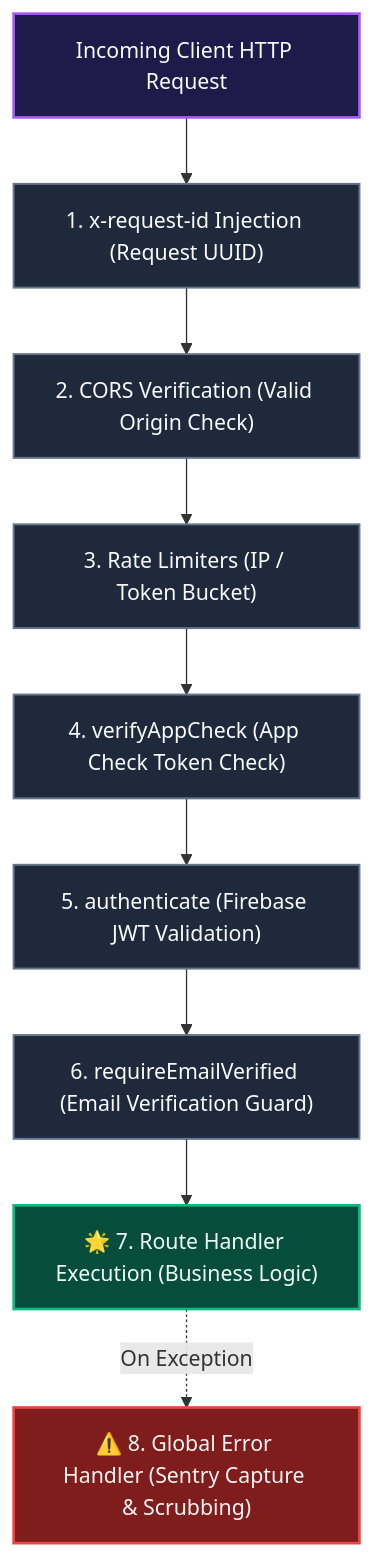
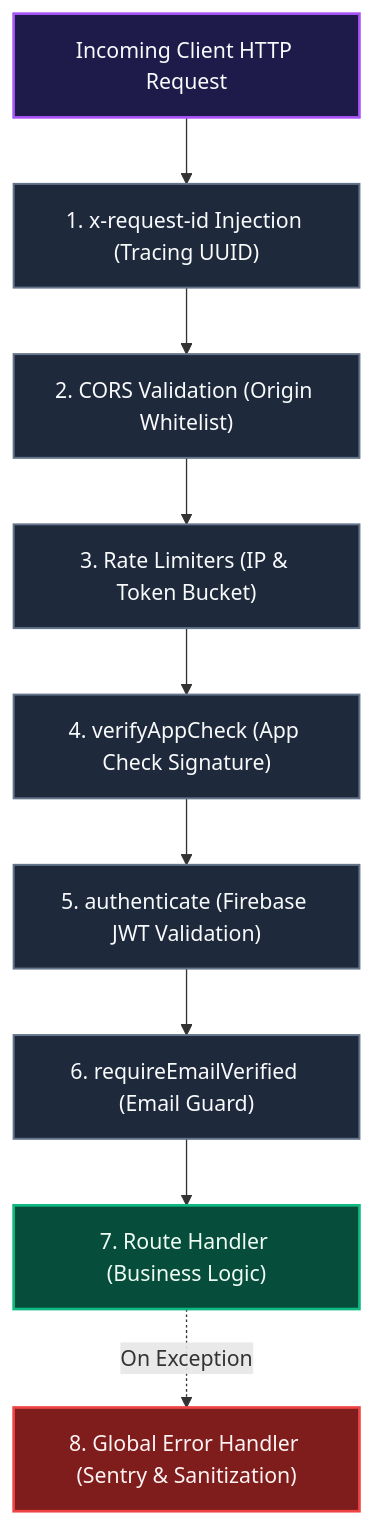
One commit to ScriptureHabit/scripture-habit changed the first of 2 diagrams in docs/api-middleware-error-handling.md. Above: the diagram before and after it, drawn with Mermaid. The commit also changed other lines of this file and 57 other files, not shown here.

Commit message:
docs: refine documentation prose and add structured diagram breakdowns across JA and EN

````diff
--- a/docs/api-middleware-error-handling.md
+++ b/docs/api-middleware-error-handling.md
@@ -11,20 +11,20 @@
 ```mermaid
 flowchart TD
     classDef req fill:#1e1b4b,stroke:#a855f7,stroke-width:2px,color:#f8fafc;
     classDef mw fill:#1e293b,stroke:#64748b,stroke-width:1.5px,color:#f8fafc;
     classDef handler fill:#064e3b,stroke:#10b981,stroke-width:2px,color:#f0fdf4;
     classDef err fill:#7f1d1d,stroke:#ef4444,stroke-width:2px,color:#fef2f2;
 
     Req["Incoming Client HTTP Request"]:::req
-    ReqId["1. x-request-id Injection (Request UUID)"]:::mw
-    CORS["2. CORS Verification (Valid Origin Check)"]:::mw
-    RateLimit["3. Rate Limiters (IP / Token Bucket)"]:::mw
-    AppCheck["4. verifyAppCheck (App Check Token Check)"]:::mw
+    ReqId["1. x-request-id Injection (Tracing UUID)"]:::mw
+    CORS["2. CORS Validation (Origin Whitelist)"]:::mw
+    RateLimit["3. Rate Limiters (IP & Token Bucket)"]:::mw
+    AppCheck["4. verifyAppCheck (App Check Signature)"]:::mw
     Auth["5. authenticate (Firebase JWT Validation)"]:::mw
-    EmailCheck["6. requireEmailVerified (Email Verification Guard)"]:::mw
-    Handler["🌟 7. Route Handler Execution (Business Logic)"]:::handler
-    ErrHandler["⚠️ 8. Global Error Handler (Sentry Capture & Scrubbing)"]:::err
+    EmailCheck["6. requireEmailVerified (Email Guard)"]:::mw
+    Handler["7. Route Handler (Business Logic)"]:::handler
+    ErrHandler["8. Global Error Handler (Sentry & Sanitization)"]:::err
 
     Req --> ReqId --> CORS --> RateLimit --> AppCheck --> Auth --> EmailCheck --> Handler
     Handler -.->|On Exception| ErrHandler
 ```
````
